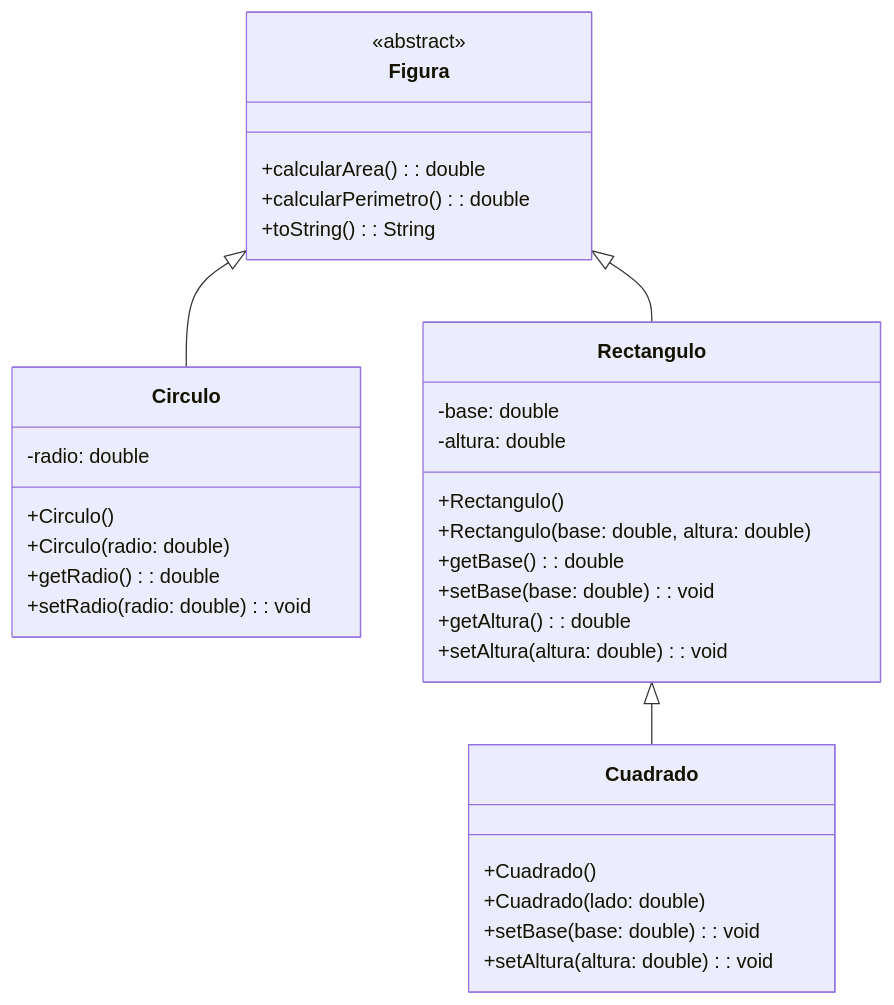
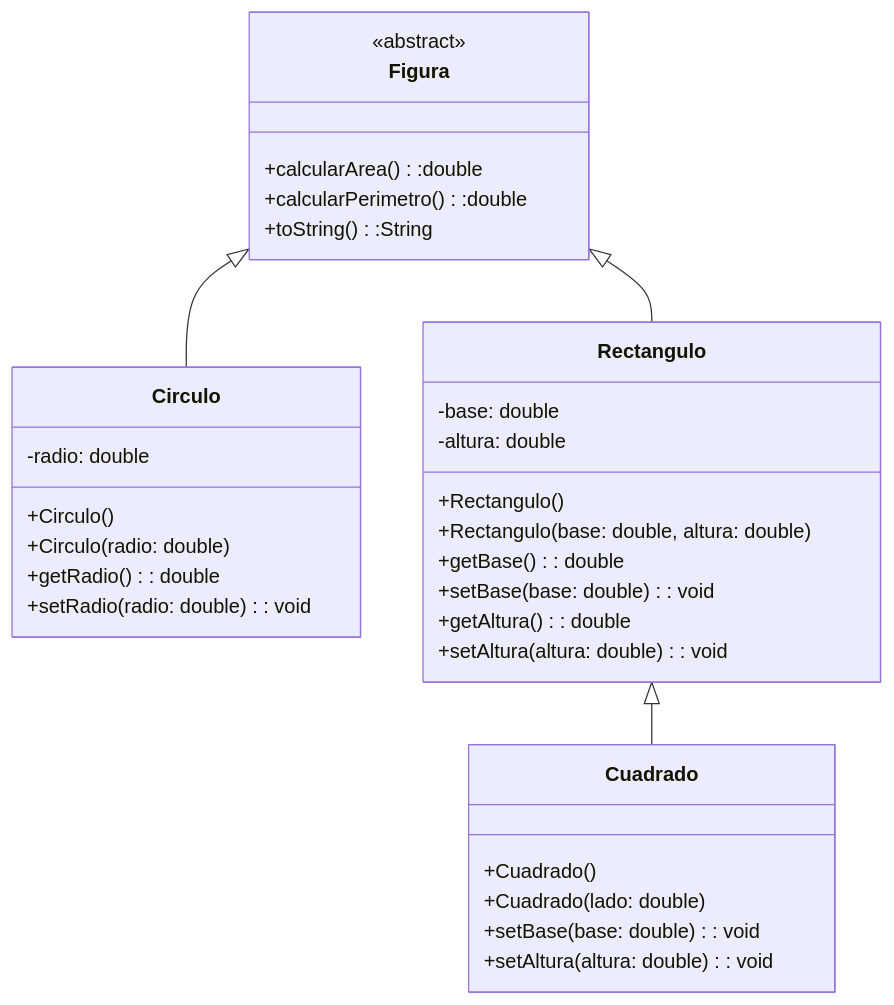
Before and after one commit to Salvador-GA/APALOO: the diagram in 1.5 EjClaseAbstracta/README.md, drawn with Mermaid.

````diff
--- a/1.5 EjClaseAbstracta/README.md
+++ b/1.5 EjClaseAbstracta/README.md
@@ -3,40 +3,40 @@
 ```mermaid
 classDiagram
     class Figura {
         <<abstract>>
-        +calcularArea(): double
-        +calcularPerimetro(): double
-        +toString(): String
+        +calcularArea():double
+        +calcularPerimetro():double
+        +toString():String
     }
 
     class Circulo {
         -radio: double
         +Circulo()
         +Circulo(radio: double)
         +getRadio(): double
         +setRadio(radio: double): void
     }
 
     class Rectangulo {
         -base: double
         -altura: double
         +Rectangulo()
         +Rectangulo(base: double, altura: double)
         +getBase(): double
         +setBase(base: double): void
         +getAltura(): double
         +setAltura(altura: double): void
     }
 
     class Cuadrado {
         +Cuadrado()
         +Cuadrado(lado: double)
         +setBase(base: double): void
         +setAltura(altura: double): void
     }
 
     Figura <|-- Circulo
     Figura <|-- Rectangulo
     Rectangulo <|-- Cuadrado
 
 ```
````
